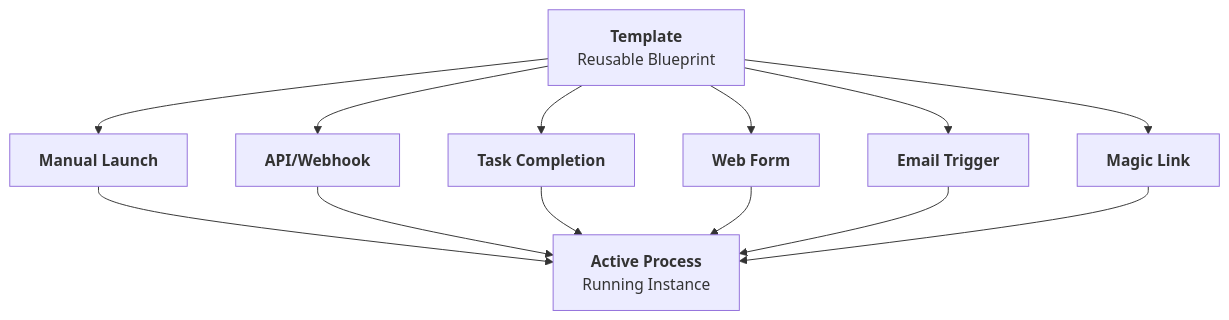
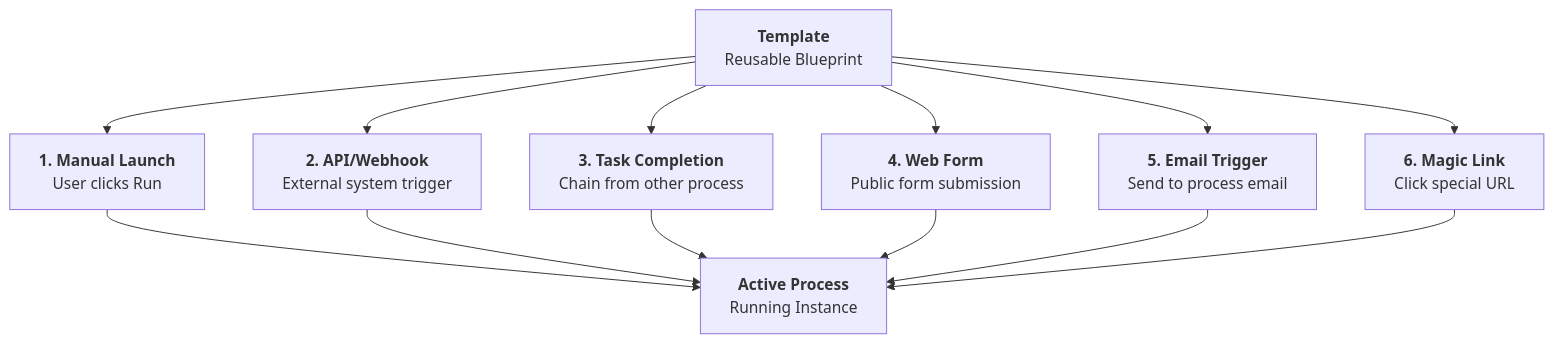
The diagram in src/content/docs/pro/launching/index.mdx (tallyfy/documentation), drawn with Mermaid before and after one commit.

Commit message:
Fix: Convert launching diagram to vertical mobile-first layout
- Changed from hub-and-spoke pattern to true vertical layout
- Added numbered launch methods for clarity
- Improved mobile readability with graph TD structure
- All methods now flow vertically from template to process

🤖 Generated with Claude Code

````diff
--- a/src/content/docs/pro/launching/index.mdx
+++ b/src/content/docs/pro/launching/index.mdx
@@ -57,31 +57,41 @@
 ```mermaid
-flowchart TD
+graph TD
     Template["`**Template**
     Reusable Blueprint`"]
     
-    Template --> Manual["`**Manual Launch**`"]
-    Template --> API["`**API/Webhook**`"]
-    Template --> Cascade["`**Task Completion**`"]
-    Template --> WebForm["`**Web Form**`"]
-    Template --> Email["`**Email Trigger**`"]
-    Template --> Magic["`**Magic Link**`"]
+    Template --> Manual["`**1. Manual Launch**
+    User clicks Run`"]
     
-    Manual --> Process
+    Template --> API["`**2. API/Webhook**
+    External system trigger`"]
+    
+    Template --> Cascade["`**3. Task Completion**
+    Chain from other process`"]
+    
+    Template --> WebForm["`**4. Web Form**
+    Public form submission`"]
+    
+    Template --> Email["`**5. Email Trigger**
+    Send to process email`"]
+    
+    Template --> Magic["`**6. Magic Link**
+    Click special URL`"]
+    
+    Manual --> Process["`**Active Process**
+    Running Instance`"]
+    
     API --> Process
     Cascade --> Process
     WebForm --> Process
     Email --> Process
     Magic --> Process
-    
-    Process["`**Active Process**
-    Running Instance`"]
     
     click Manual "/products/pro/launching/how-can-i-launch-a-process-in-tallyfy/" "Manual launching guide"
     click Template "/products/pro/documenting/templates/" "Templates overview"
     click Process "/products/pro/tracking-and-tasks/processes/" "Processes overview"
     click API "/products/pro/integrations/open-api/" "API documentation"
     click WebForm "/products/pro/launching/how-to-launch-a-tallyfy-process-from-a-webform/" "Web form launching"
     click Email "/products/pro/launching/triggers/via-email/" "Email triggers"
     click Magic "/products/pro/launching/triggers/magic-links/" "Magic links"
     click Cascade "/products/pro/launching/launch-process-when-task-is-completed/" "Task completion triggers"
 ```
````
